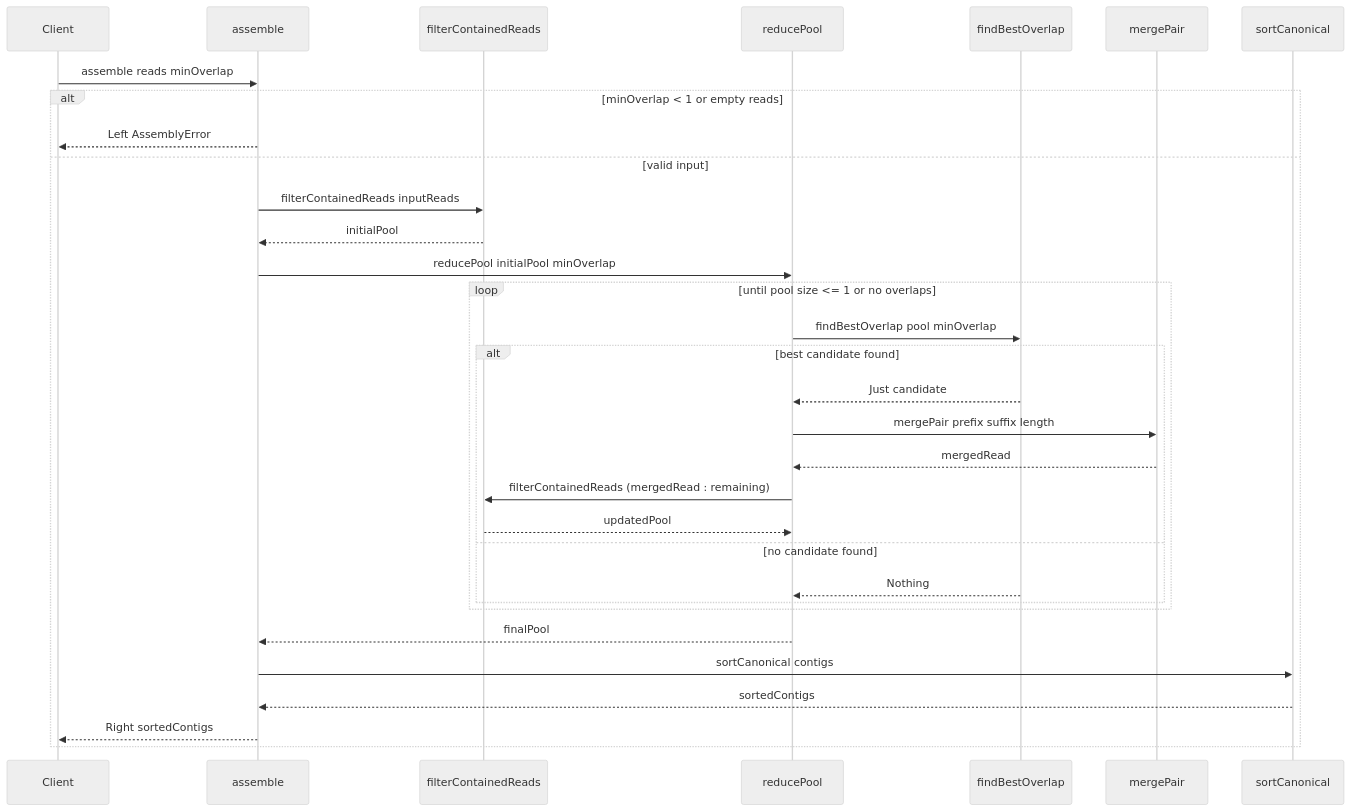
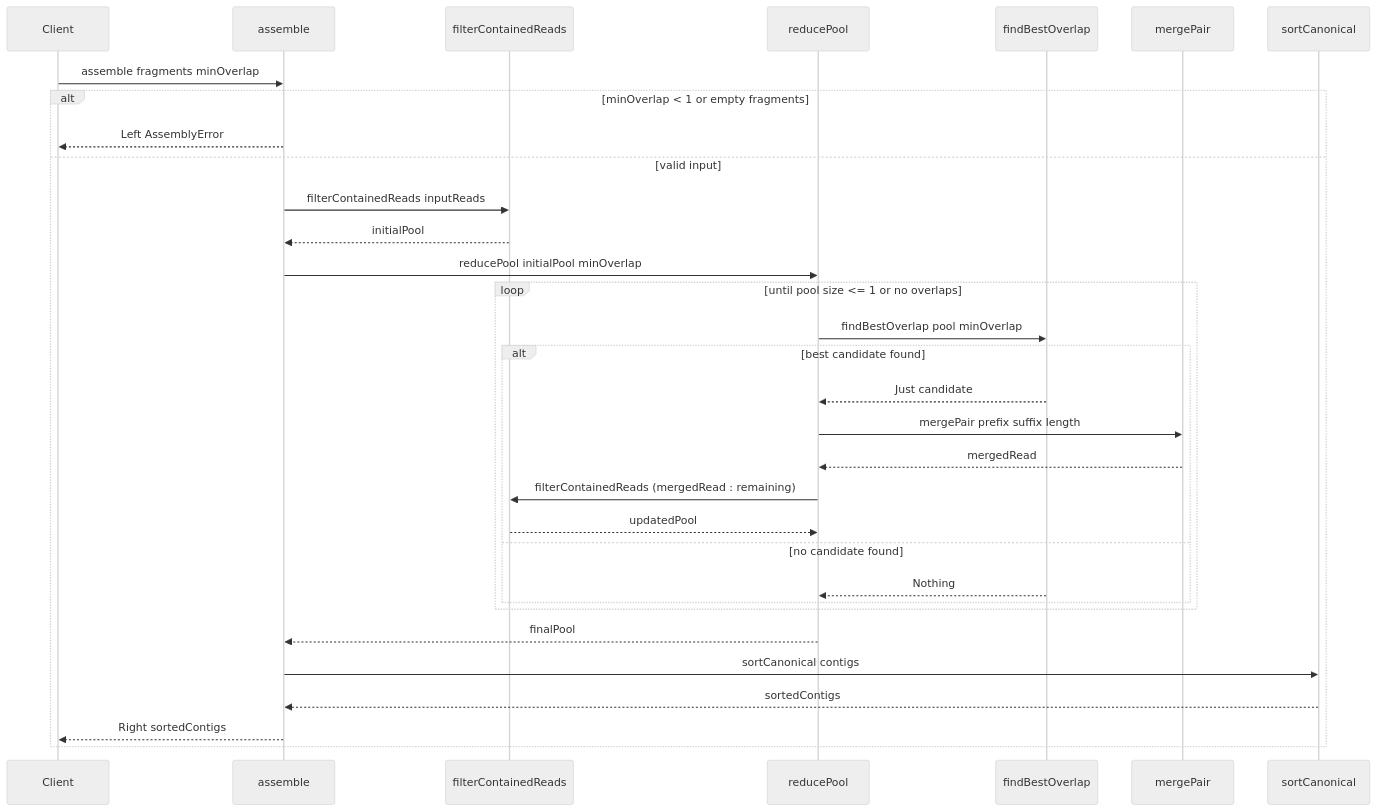
One commit to frankhjung/haskell-reconstruct-strings changed the diagram in README.md. Above: the diagram before and after it, drawn with Mermaid (neutral theme). The commit also changed other lines of this file and 9 other files, not shown here.

First line of the commit message:
refactor: rename assembler "reads"  to "fragments"

````diff
--- a/README.md
+++ b/README.md
@@ -33,35 +33,35 @@
 ```mermaid
 sequenceDiagram
     participant C as Client
     participant A as assemble
     participant FCR as filterContainedReads
     participant RP as reducePool
     participant FBO as findBestOverlap
     participant MP as mergePair
     participant SC as sortCanonical
 
-    C->>A: assemble reads minOverlap
-    alt minOverlap < 1 or empty reads
+    C->>A: assemble fragments minOverlap
+    alt minOverlap < 1 or empty fragments
         A-->>C: Left AssemblyError
     else valid input
         A->>FCR: filterContainedReads inputReads
         FCR-->>A: initialPool
         A->>RP: reducePool initialPool minOverlap
         loop until pool size <= 1 or no overlaps
             RP->>FBO: findBestOverlap pool minOverlap
             alt best candidate found
                 FBO-->>RP: Just candidate
                 RP->>MP: mergePair prefix suffix length
                 MP-->>RP: mergedRead
                 RP->>FCR: filterContainedReads (mergedRead : remaining)
                 FCR-->>RP: updatedPool
             else no candidate found
                 FBO-->>RP: Nothing
             end
         end
         RP-->>A: finalPool
         A->>SC: sortCanonical contigs
         SC-->>A: sortedContigs
         A-->>C: Right sortedContigs
     end
 ```
````
